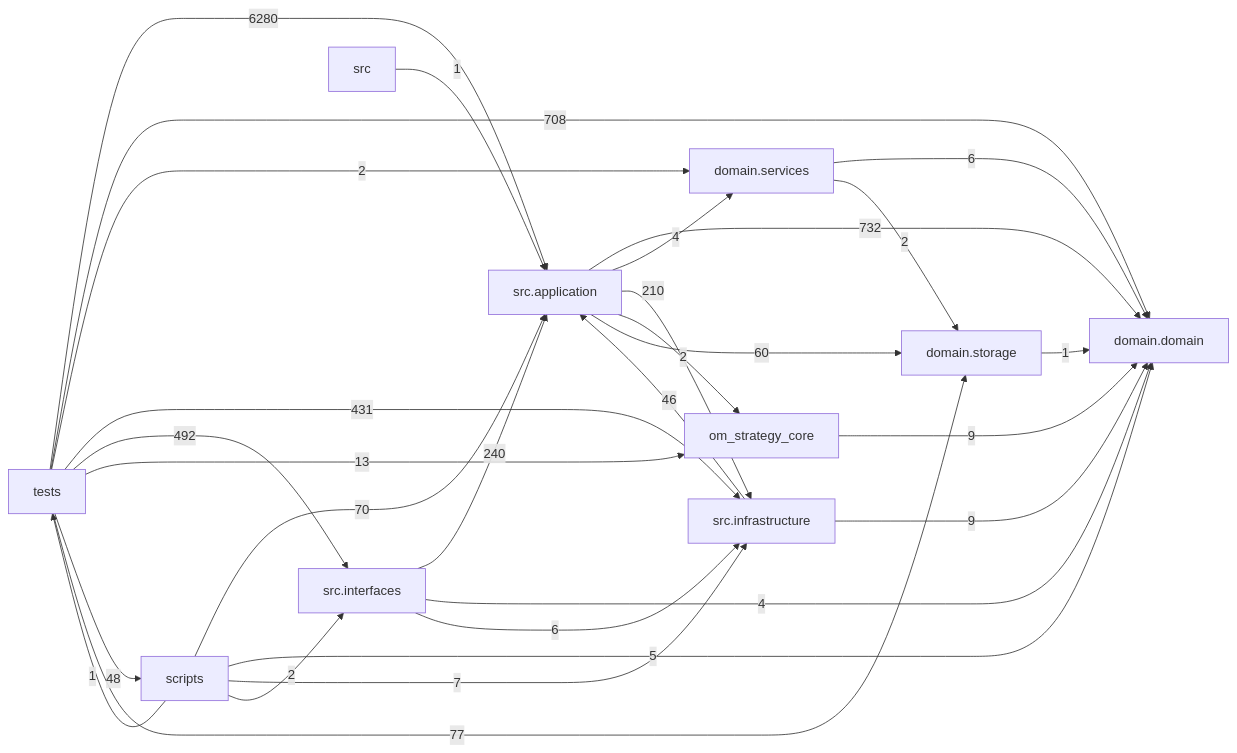
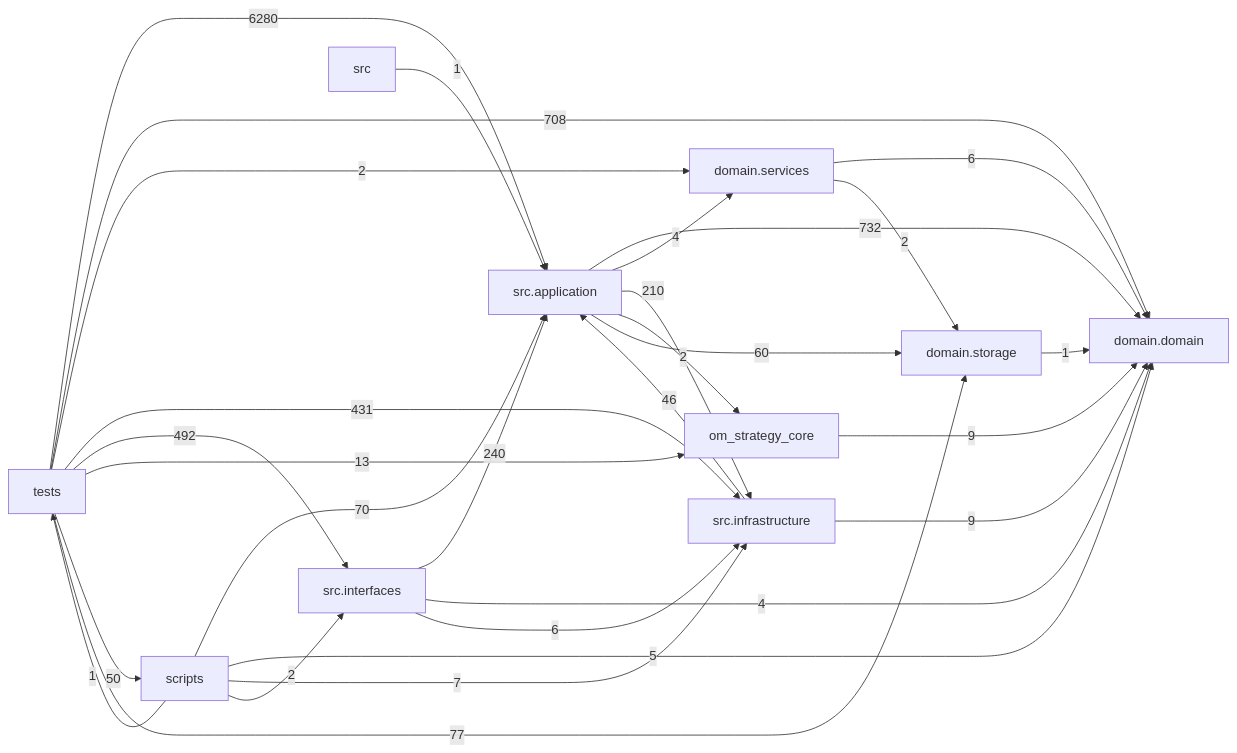
The diagram in docs/DEPENDENCY_GRAPH.md (liuxie066/options-monitor), drawn with Mermaid before and after one commit. The commit also changed other lines of this file and 5 other files, not shown here.

````diff
--- a/docs/DEPENDENCY_GRAPH.md
+++ b/docs/DEPENDENCY_GRAPH.md
@@ -24,39 +24,39 @@
 ```mermaid
 flowchart LR
   tests["tests"]
   scripts["scripts"]
   interfaces["src.interfaces"]
   application["src.application"]
   infrastructure["src.infrastructure"]
   domain_services["domain.services"]
   domain["domain.domain"]
   storage["domain.storage"]
   application -->|732| domain
   application -->|4| domain_services
   application -->|210| infrastructure
   application -->|2| om_strategy_core
   application -->|60| storage
   domain_services -->|6| domain
   domain_services -->|2| storage
   infrastructure -->|46| application
   infrastructure -->|9| domain
   interfaces -->|240| application
   interfaces -->|4| domain
   interfaces -->|6| infrastructure
   om_strategy_core -->|9| domain
   scripts -->|70| application
   scripts -->|5| domain
   scripts -->|7| infrastructure
   scripts -->|2| interfaces
   scripts -->|1| tests
   src -->|1| application
   storage -->|1| domain
   tests -->|6280| application
   tests -->|708| domain
   tests -->|2| domain_services
   tests -->|431| infrastructure
   tests -->|492| interfaces
   tests -->|13| om_strategy_core
-  tests -->|48| scripts
+  tests -->|50| scripts
   tests -->|77| storage
 ```
````
